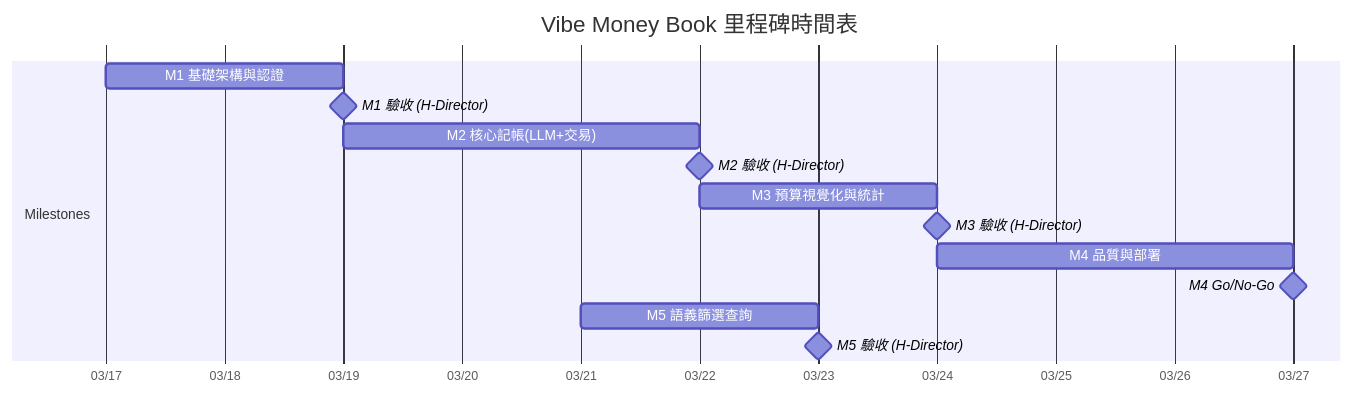
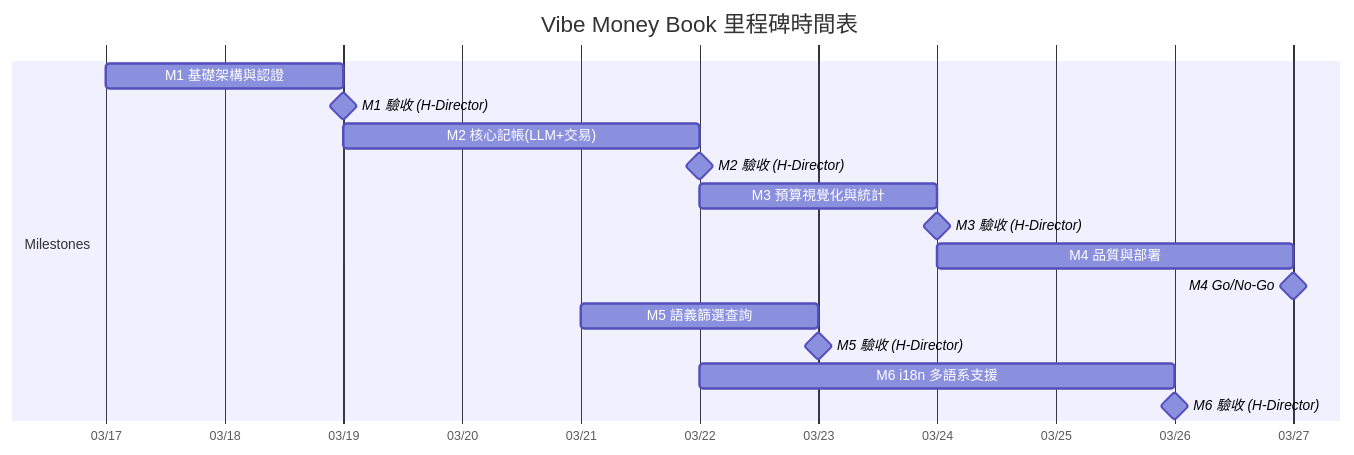
Before and after one commit to robin-li/vibe-money-book: the second of 5 diagrams in docs/02-Dev_Plan.md, drawn with Mermaid. The commit also changed other lines of this file and 8 other files, not shown here.

````diff
--- a/docs/02-Dev_Plan.md
+++ b/docs/02-Dev_Plan.md
@@ -93,18 +93,20 @@
 ```mermaid
 gantt
     title Vibe Money Book 里程碑時間表
     dateFormat YYYY-MM-DD
     axisFormat %m/%d
 
     section Milestones
     M1 基礎架構與認證        :m1, 2026-03-17, 2d
     M1 驗收 (H-Director)    :milestone, 2026-03-19, 0d
     M2 核心記帳(LLM+交易)    :m2, after m1, 3d
     M2 驗收 (H-Director)    :milestone, 2026-03-22, 0d
     M3 預算視覺化與統計       :m3, after m2, 2d
     M3 驗收 (H-Director)    :milestone, 2026-03-24, 0d
     M4 品質與部署            :m4, after m3, 3d
     M4 Go/No-Go             :milestone, 2026-03-27, 0d
     M5 語義篩選查詢           :m5, 2026-03-21, 2d
     M5 驗收 (H-Director)    :milestone, 2026-03-23, 0d
+    M6 i18n 多語系支援        :m6, 2026-03-22, 4d
+    M6 驗收 (H-Director)    :milestone, 2026-03-26, 0d
 ```
````
